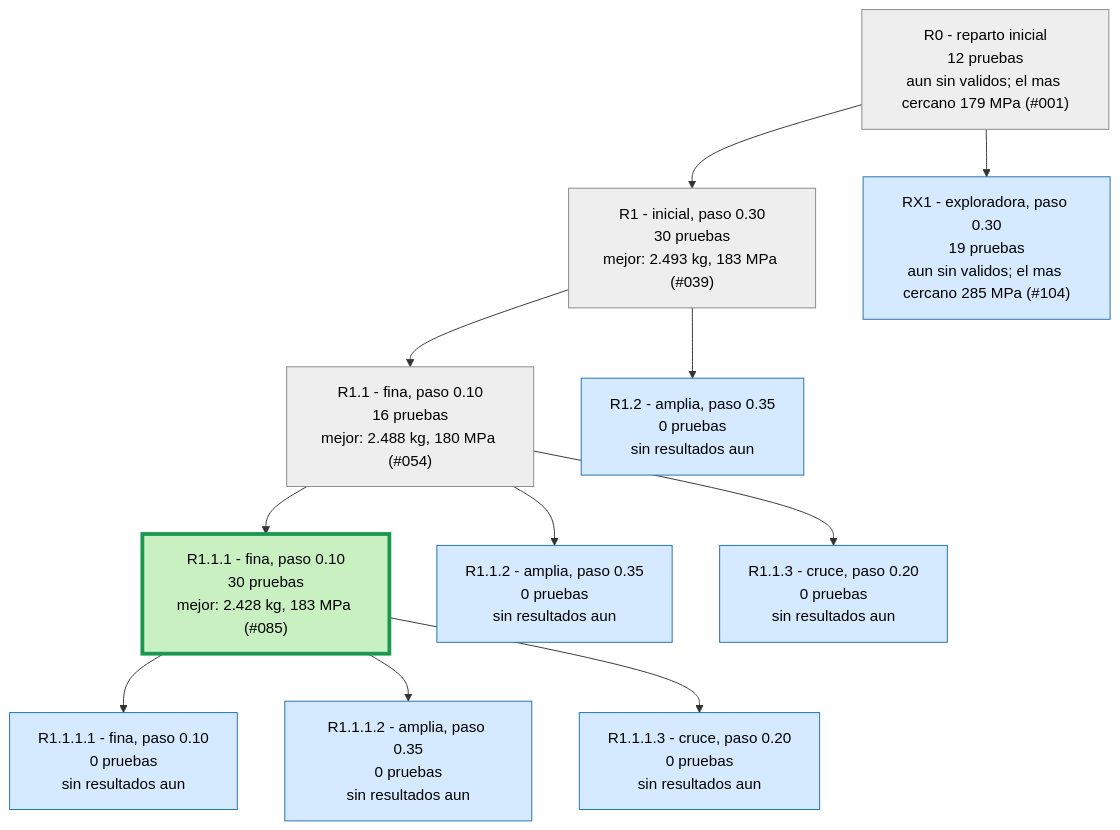
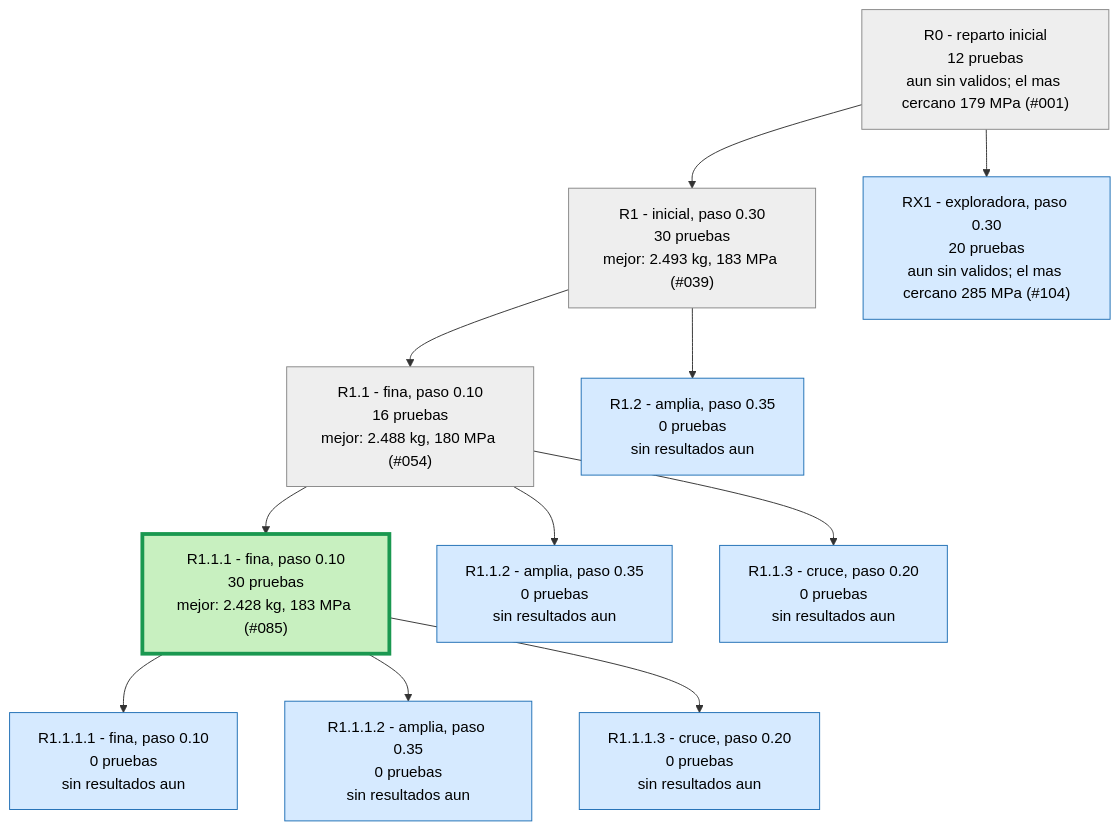
The second of 3 diagrams in runs/opt_37800N/ARBOL.md (Hugiko/msd-soporte-optimizacion), drawn with Mermaid before and after one commit. The commit also changed 14 other files, not shown here.

````diff
--- a/runs/opt_37800N/ARBOL.md
+++ b/runs/opt_37800N/ARBOL.md
@@ -29,27 +29,27 @@
 ```mermaid
 graph TD
 classDef activa fill:#d6eaff,stroke:#1f6fb5,color:#000
 classDef fin fill:#eeeeee,stroke:#888,color:#000
 classDef mejor fill:#c8f0c0,stroke:#1a9850,stroke-width:4px,color:#000
 R0["R0 - reparto inicial<br/>12 pruebas<br/>aun sin validos; el mas cercano 179 MPa (#001)"]:::fin
 R1["R1 - inicial, paso 0.30<br/>30 pruebas<br/>mejor: 2.493 kg, 183 MPa (#039)"]:::fin
 R0 --> R1
 R1_1["R1.1 - fina, paso 0.10<br/>16 pruebas<br/>mejor: 2.488 kg, 180 MPa (#054)"]:::fin
 R1 --> R1_1
 R1_2["R1.2 - amplia, paso 0.35<br/>0 pruebas<br/>sin resultados aun"]:::activa
 R1 --> R1_2
 R1_1_1["R1.1.1 - fina, paso 0.10<br/>30 pruebas<br/>mejor: 2.428 kg, 183 MPa (#085)"]:::mejor
 R1_1 --> R1_1_1
 R1_1_2["R1.1.2 - amplia, paso 0.35<br/>0 pruebas<br/>sin resultados aun"]:::activa
 R1_1 --> R1_1_2
 R1_1_3["R1.1.3 - cruce, paso 0.20<br/>0 pruebas<br/>sin resultados aun"]:::activa
 R1_1 --> R1_1_3
 R1_1_1_1["R1.1.1.1 - fina, paso 0.10<br/>0 pruebas<br/>sin resultados aun"]:::activa
 R1_1_1 --> R1_1_1_1
 R1_1_1_2["R1.1.1.2 - amplia, paso 0.35<br/>0 pruebas<br/>sin resultados aun"]:::activa
 R1_1_1 --> R1_1_1_2
 R1_1_1_3["R1.1.1.3 - cruce, paso 0.20<br/>0 pruebas<br/>sin resultados aun"]:::activa
 R1_1_1 --> R1_1_1_3
-RX1["RX1 - exploradora, paso 0.30<br/>19 pruebas<br/>aun sin validos; el mas cercano 285 MPa (#104)"]:::activa
+RX1["RX1 - exploradora, paso 0.30<br/>20 pruebas<br/>aun sin validos; el mas cercano 285 MPa (#104)"]:::activa
 R0 --> RX1
 ```
````
